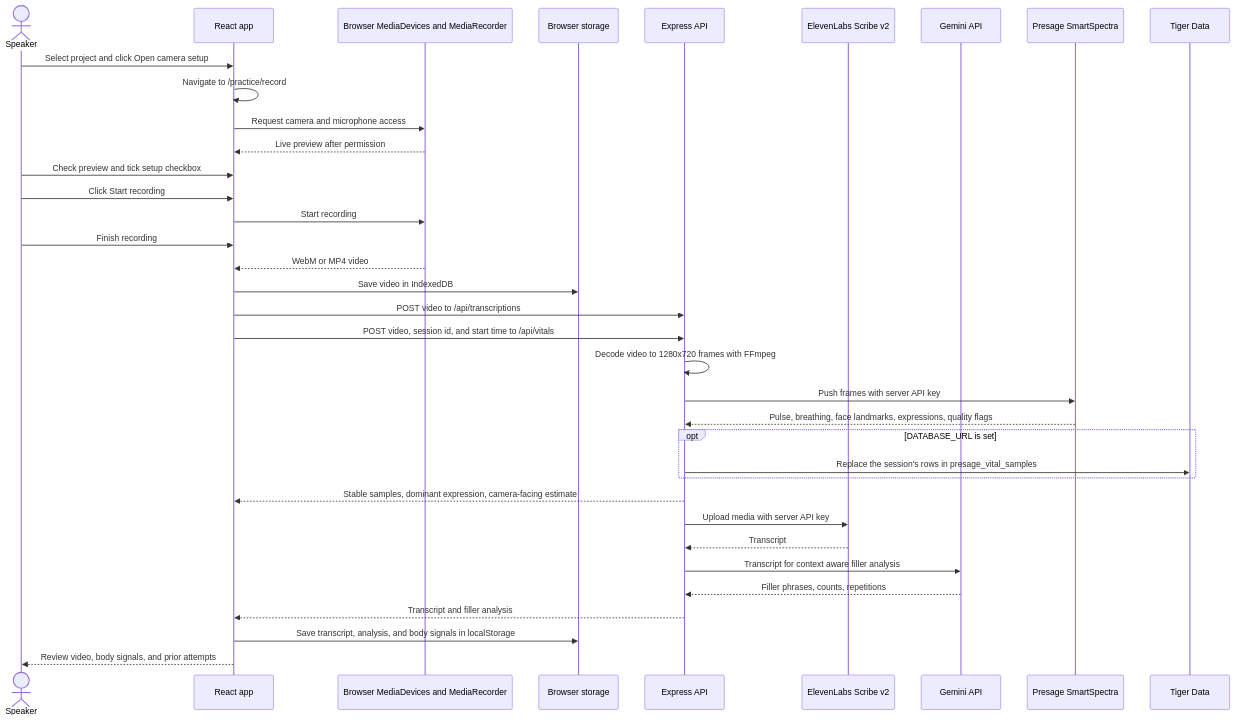
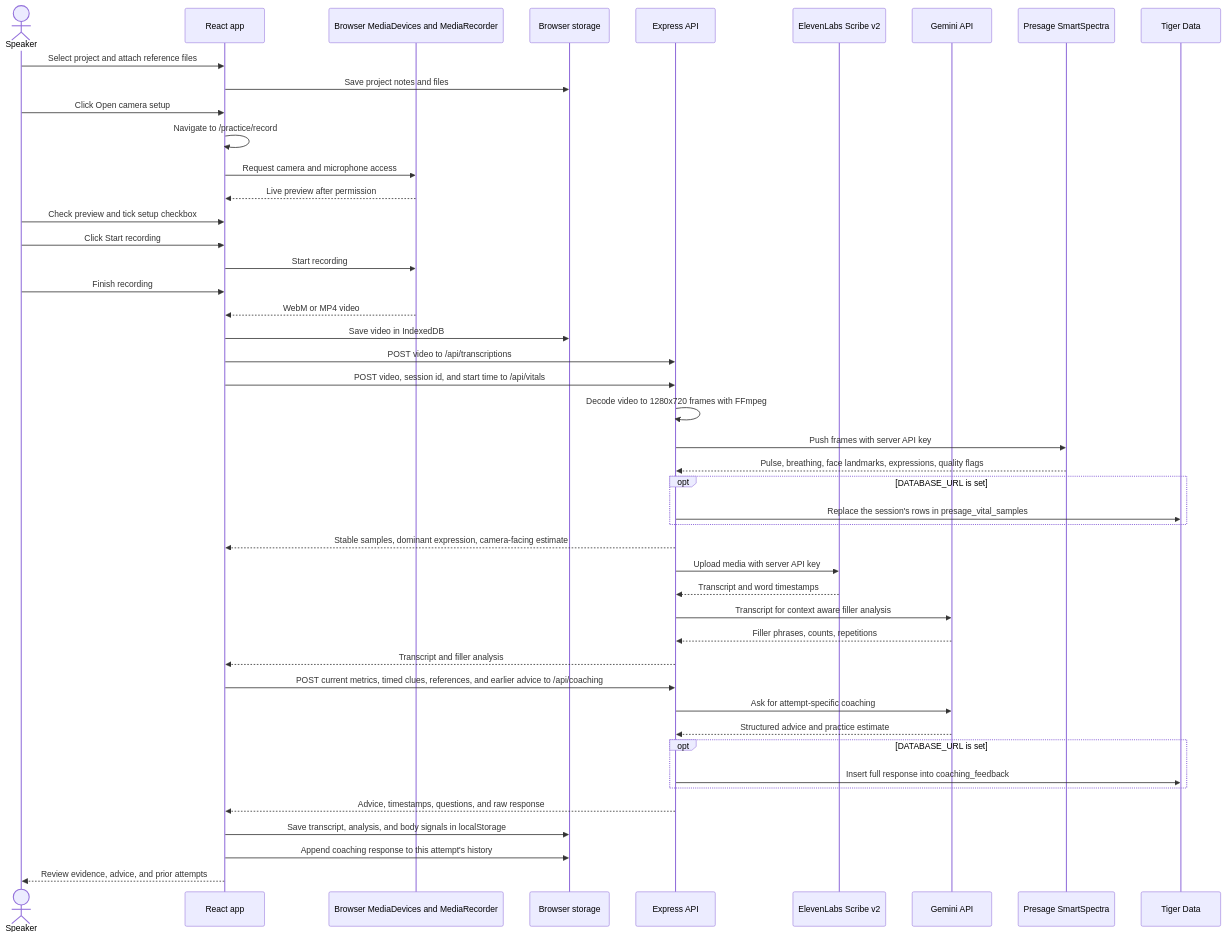
Before and after one commit to civ19/PepTalk: the diagram in README.md, drawn with Mermaid. The commit also changed other lines of this file and 23 other files, not shown here.

````diff
--- a/README.md
+++ b/README.md
@@ -50,38 +50,48 @@
 ```mermaid
 sequenceDiagram
     actor Speaker
     participant UI as React app
     participant Media as Browser MediaDevices and MediaRecorder
     participant Store as Browser storage
     participant API as Express API
     participant Eleven as ElevenLabs Scribe v2
     participant Gemini as Gemini API
     participant Presage as Presage SmartSpectra
     participant DB as Tiger Data
-    Speaker->>UI: Select project and click Open camera setup
+    Speaker->>UI: Select project and attach reference files
+    UI->>Store: Save project notes and files
+    Speaker->>UI: Click Open camera setup
     UI->>UI: Navigate to /practice/record
     UI->>Media: Request camera and microphone access
     Media-->>UI: Live preview after permission
     Speaker->>UI: Check preview and tick setup checkbox
     Speaker->>UI: Click Start recording
     UI->>Media: Start recording
     Speaker->>UI: Finish recording
     Media-->>UI: WebM or MP4 video
     UI->>Store: Save video in IndexedDB
     UI->>API: POST video to /api/transcriptions
     UI->>API: POST video, session id, and start time to /api/vitals
     API->>API: Decode video to 1280x720 frames with FFmpeg
     API->>Presage: Push frames with server API key
     Presage-->>API: Pulse, breathing, face landmarks, expressions, quality flags
     opt DATABASE_URL is set
         API->>DB: Replace the session's rows in presage_vital_samples
     end
     API-->>UI: Stable samples, dominant expression, camera-facing estimate
     API->>Eleven: Upload media with server API key
-    Eleven-->>API: Transcript
+    Eleven-->>API: Transcript and word timestamps
     API->>Gemini: Transcript for context aware filler analysis
     Gemini-->>API: Filler phrases, counts, repetitions
     API-->>UI: Transcript and filler analysis
+    UI->>API: POST current metrics, timed clues, references, and earlier advice to /api/coaching
+    API->>Gemini: Ask for attempt-specific coaching
+    Gemini-->>API: Structured advice and practice estimate
+    opt DATABASE_URL is set
+        API->>DB: Insert full response into coaching_feedback
+    end
+    API-->>UI: Advice, timestamps, questions, and raw response
     UI->>Store: Save transcript, analysis, and body signals in localStorage
-    UI-->>Speaker: Review video, body signals, and prior attempts
+    UI->>Store: Append coaching response to this attempt's history
+    UI-->>Speaker: Review evidence, advice, and prior attempts
 ```
````
